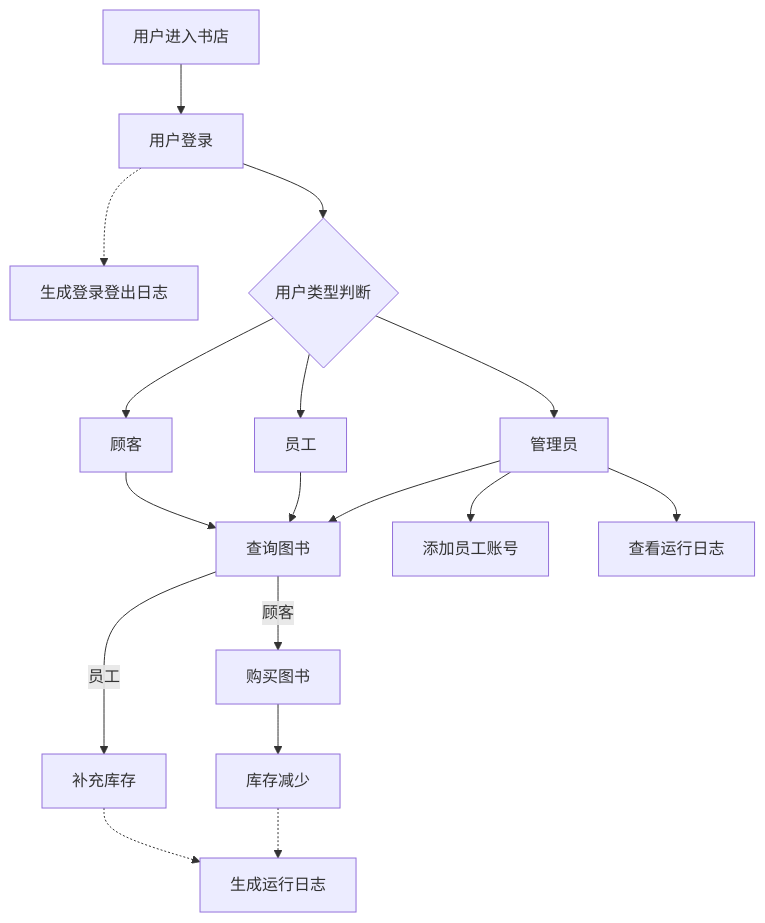
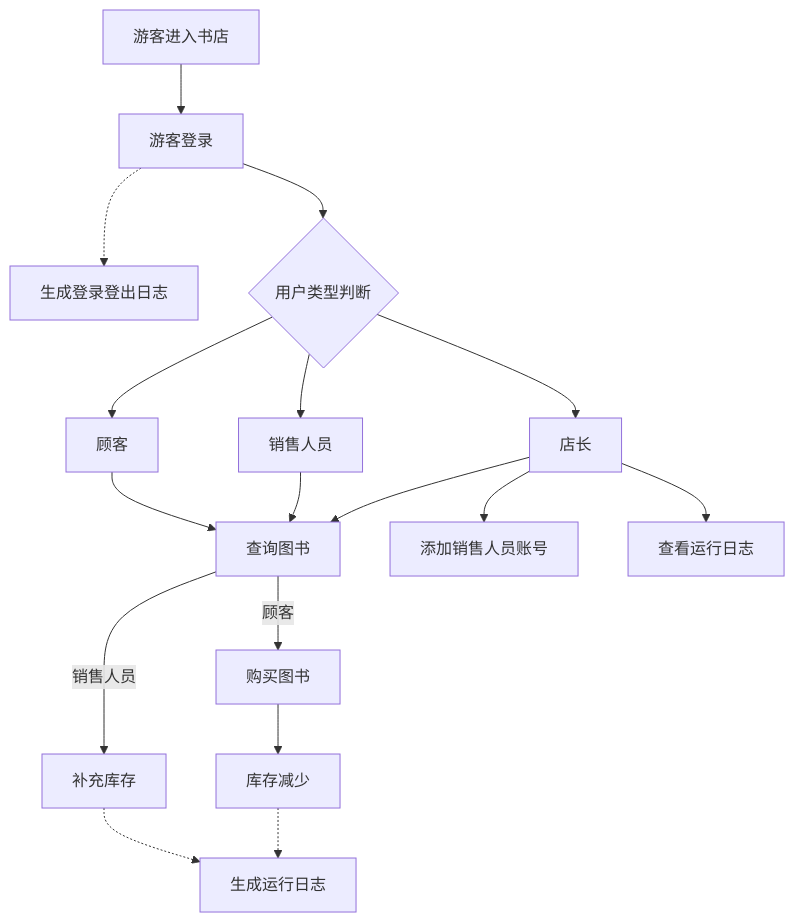
One commit to yuki-cjm/Bookstore-2025 changed the first of 8 diagrams in 需求分析文档.md. Above: the diagram before and after it, drawn with Mermaid. The commit also changed other lines of this file, not shown here.

````diff
--- a/需求分析文档.md
+++ b/需求分析文档.md
@@ -5,24 +5,24 @@
 ```mermaid
 graph TD
-    A[用户进入书店]-->B[用户登录]
+    A[游客进入书店]-->B[游客登录]
     B-.->B1[生成登录登出日志]
     B-->C{用户类型判断}
-    C-->D[管理员]
-    C-->E[员工]
+    C-->D[店长]
+    C-->E[销售人员]
     C-->F[顾客]
 
     D-->G[查询图书]
     E-->G
     F-->G
 
-    D-->H[添加员工账号]
+    D-->H[添加销售人员账号]
     D-->I[查看运行日志]
 
-    G-->|员工|J[补充库存]
+    G-->|销售人员|J[补充库存]
     G-->|顾客|K[购买图书]
 
     K-->L[库存减少]
 
     L-.->M[生成运行日志]
     J-.->M
 ```
````
